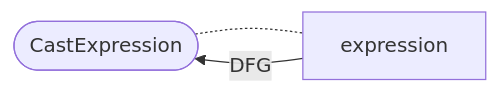
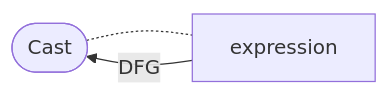
One commit to Fraunhofer-AISEC/cpg changed the third of 40 diagrams in docs/docs/CPG/specs/dfg.md. Above: the diagram before and after it, drawn with Mermaid. The commit also changed other lines of this file and 403 other files, not shown here.

````diff
--- a/docs/docs/CPG/specs/dfg.md
+++ b/docs/docs/CPG/specs/dfg.md
@@ -61,5 +61,5 @@
 ```mermaid
   flowchart LR
-    node([CastExpression]) -.- expression;
+    node([Cast]) -.- expression;
     expression -- DFG --> node;
 ```
````
